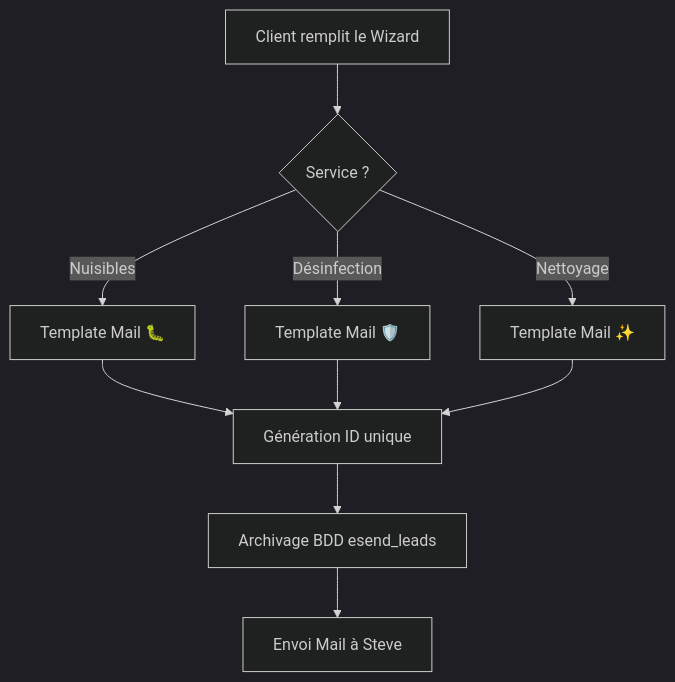
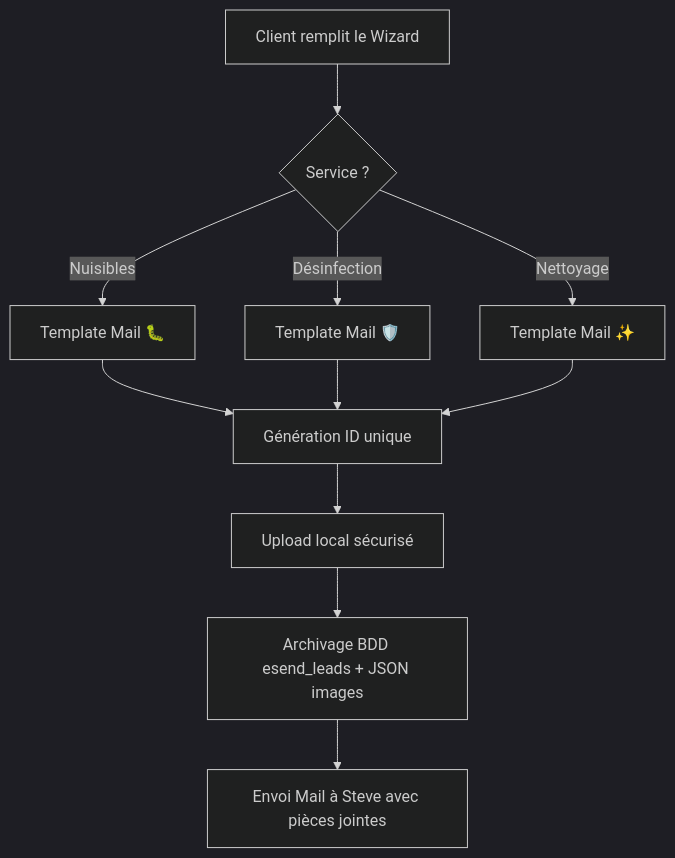
The diagram in docs/cahier_des_charges_pest_hub.md (Jeansteve/ESEND), drawn with Mermaid (dark theme) before and after one commit. The commit also changed other lines of this file and 4 other files, not shown here.

````diff
--- a/docs/cahier_des_charges_pest_hub.md
+++ b/docs/cahier_des_charges_pest_hub.md
@@ -79,10 +80,11 @@
 ```mermaid
 graph TD
     A[Client remplit le Wizard] --> B{Service ?}
     B -- Nuisibles --> C[Template Mail 🐛]
     B -- Désinfection --> D[Template Mail 🛡️]
     B -- Nettoyage --> E[Template Mail ✨]
     C & D & E --> F[Génération ID unique]
-    F --> G[Archivage BDD esend_leads]
-    G --> H[Envoi Mail à Steve]
+    F --> G[Upload local sécurisé]
+    G --> H[Archivage BDD esend_leads + JSON images]
+    H --> I[Envoi Mail à Steve avec pièces jointes]
 ```
````
